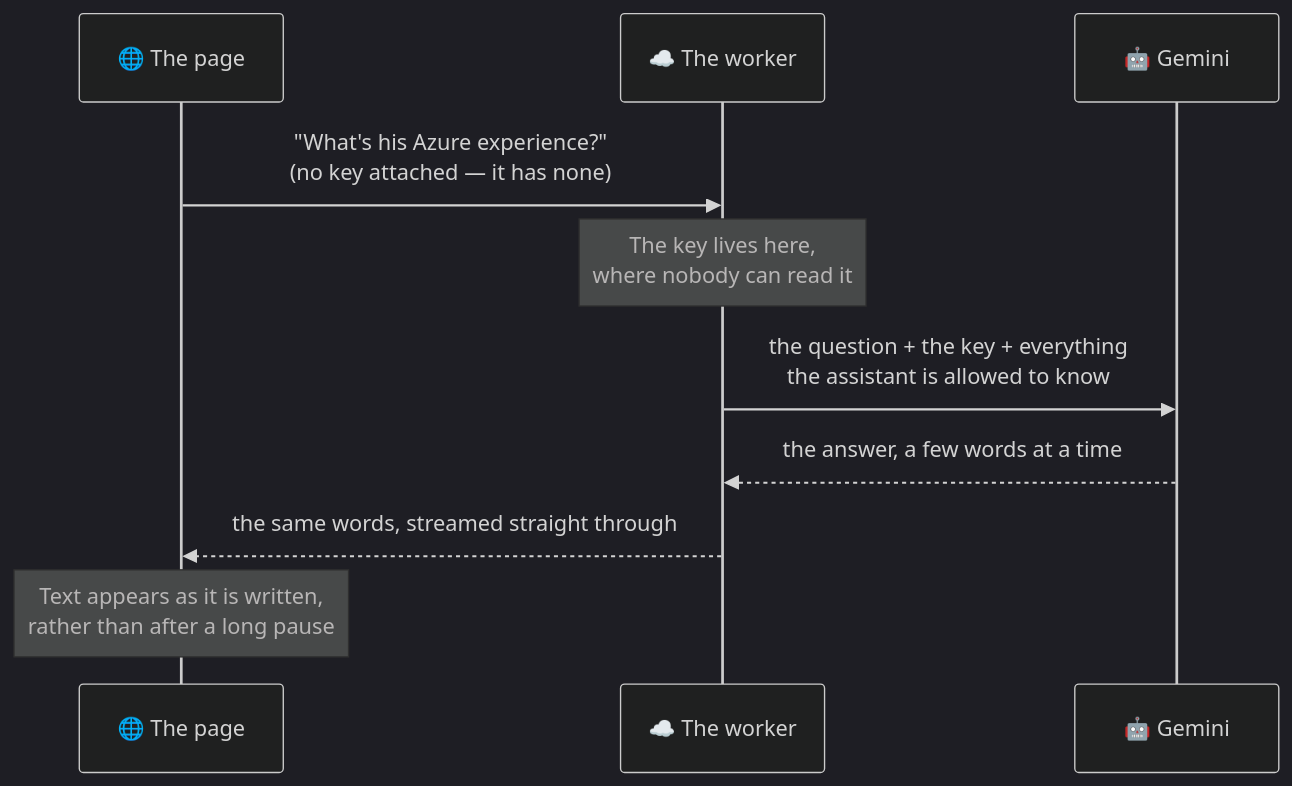
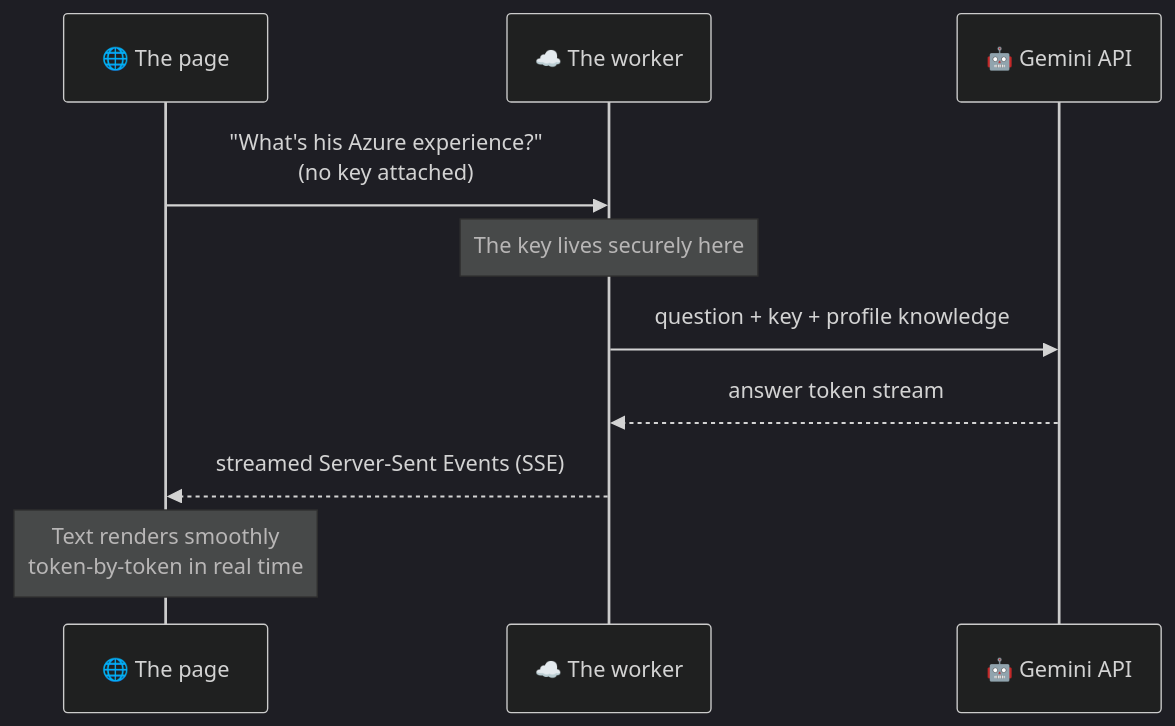
One commit to Srinivasan-78/srinivasan-78.github.io changed the fifth of 8 diagrams in README.md. Above: the diagram before and after it, drawn with Mermaid (dark theme). The commit also changed other lines of this file, not shown here.

Commit message:
Update README.md to reflect enhanced portfolio details and clarify project architecture

````diff
--- a/README.md
+++ b/README.md
@@ -223,13 +220,13 @@
 ```mermaid
 sequenceDiagram
     participant P as 🌐 The page
     participant W as ☁️ The worker
-    participant G as 🤖 Gemini
+    participant G as 🤖 Gemini API
 
-    P->>W: "What's his Azure experience?"<br/>(no key attached — it has none)
-    Note over W: The key lives here,<br/>where nobody can read it
-    W->>G: the question + the key + everything<br/>the assistant is allowed to know
-    G-->>W: the answer, a few words at a time
-    W-->>P: the same words, streamed straight through
-    Note over P: Text appears as it is written,<br/>rather than after a long pause
+    P->>W: "What's his Azure experience?"<br/>(no key attached)
+    Note over W: The key lives securely here
+    W->>G: question + key + profile knowledge
+    G-->>W: answer token stream
+    W-->>P: streamed Server-Sent Events (SSE)
+    Note over P: Text renders smoothly<br/>token-by-token in real time
 ```
````
